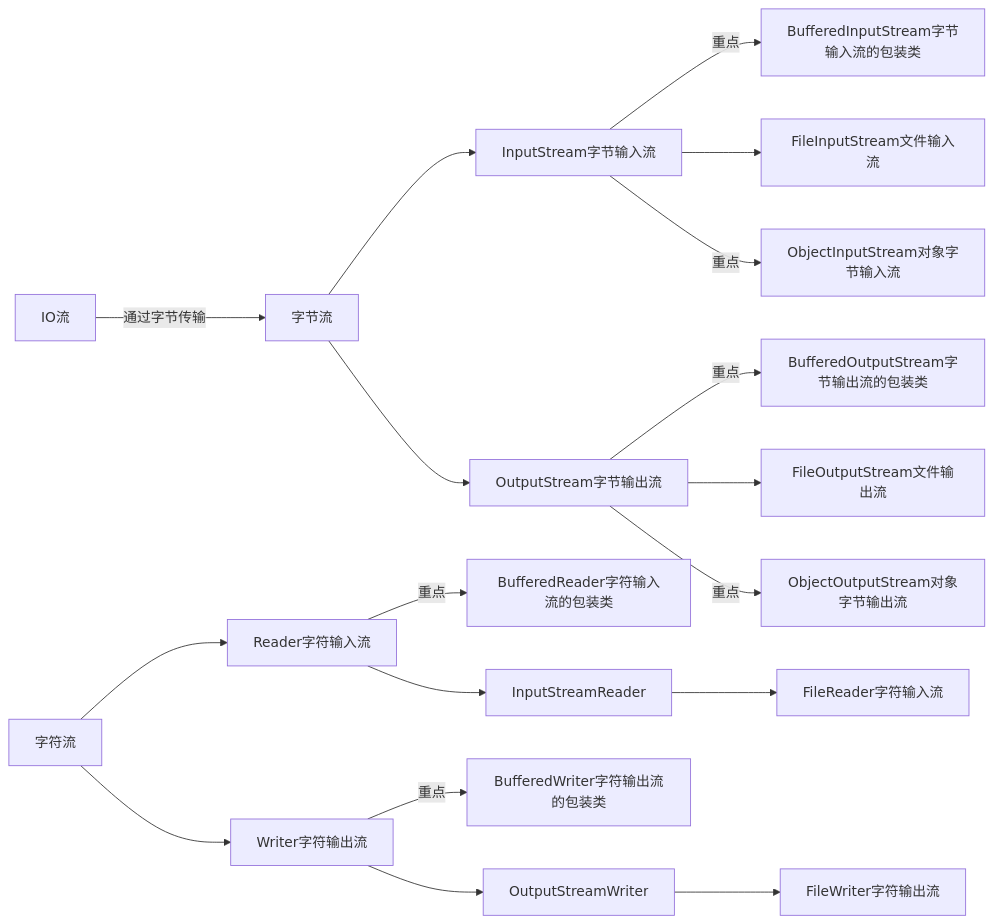
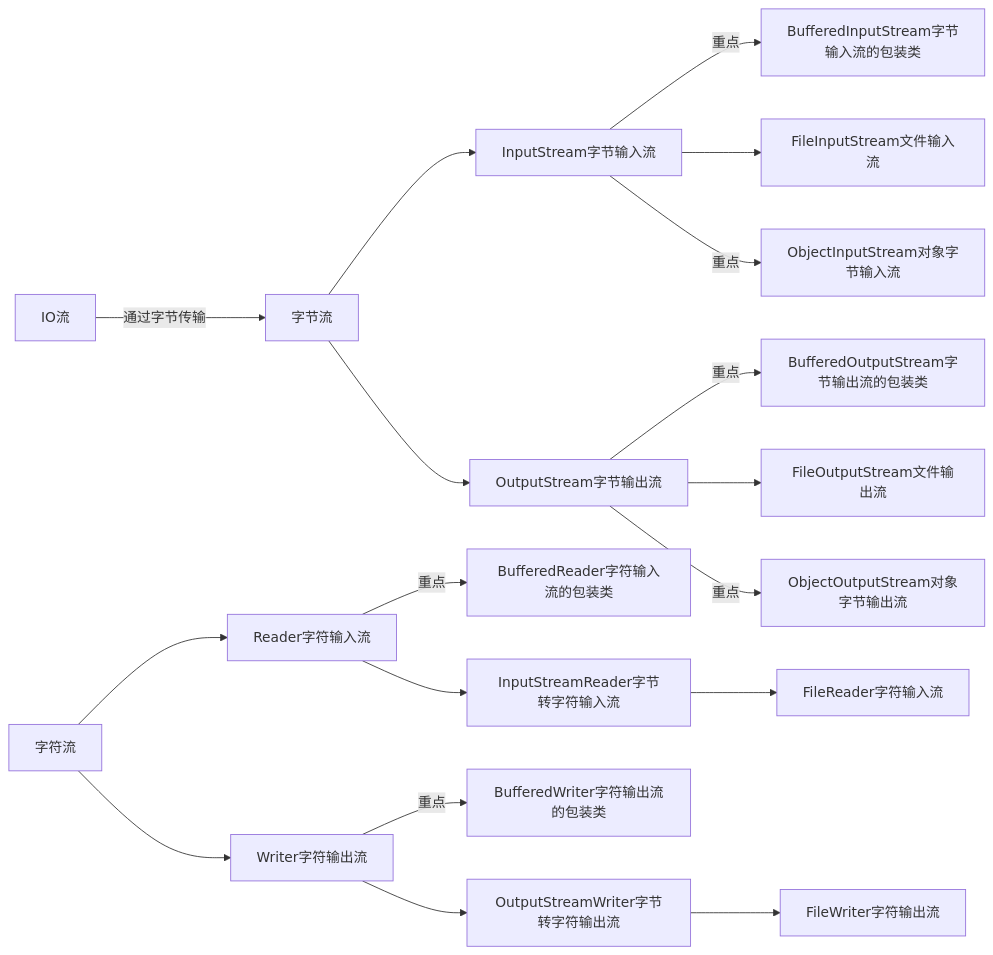
One commit to shenxingchao/sxc-doc changed the fourth of 4 diagrams in docs/md/Java.md. Above: the diagram before and after it, drawn with Mermaid. The commit also changed other lines of this file, not shown here.

````diff
--- a/docs/md/Java.md
+++ b/docs/md/Java.md
@@ -2957,20 +2961,20 @@
 ```mermaid
 graph LR;
     IO流 --通过字节传输-->字节流
     字节流 --> InputStream字节输入流
     InputStream字节输入流 --重点--> BufferedInputStream字节输入流的包装类
     InputStream字节输入流 --> FileInputStream文件输入流
     InputStream字节输入流 --重点--> ObjectInputStream对象字节输入流
     字节流 --> OutputStream字节输出流
     OutputStream字节输出流 --重点--> BufferedOutputStream字节输出流的包装类
     OutputStream字节输出流 --> FileOutputStream文件输出流
     OutputStream字节输出流 --重点--> ObjectOutputStream对象字节输出流
     字符流 --> Reader字符输入流
     Reader字符输入流 --重点--> BufferedReader字符输入流的包装类
-    Reader字符输入流 --> InputStreamReader
-    InputStreamReader --> FileReader字符输入流
+    Reader字符输入流 --> InputStreamReader字节转字符输入流
+    InputStreamReader字节转字符输入流 --> FileReader字符输入流
     字符流 --> Writer字符输出流
     Writer字符输出流 --重点--> BufferedWriter字符输出流的包装类
-    Writer字符输出流 --> OutputStreamWriter
-    OutputStreamWriter --> FileWriter字符输出流
+    Writer字符输出流 --> OutputStreamWriter字节转字符输出流
+    OutputStreamWriter字节转字符输出流 --> FileWriter字符输出流
 ```
````
